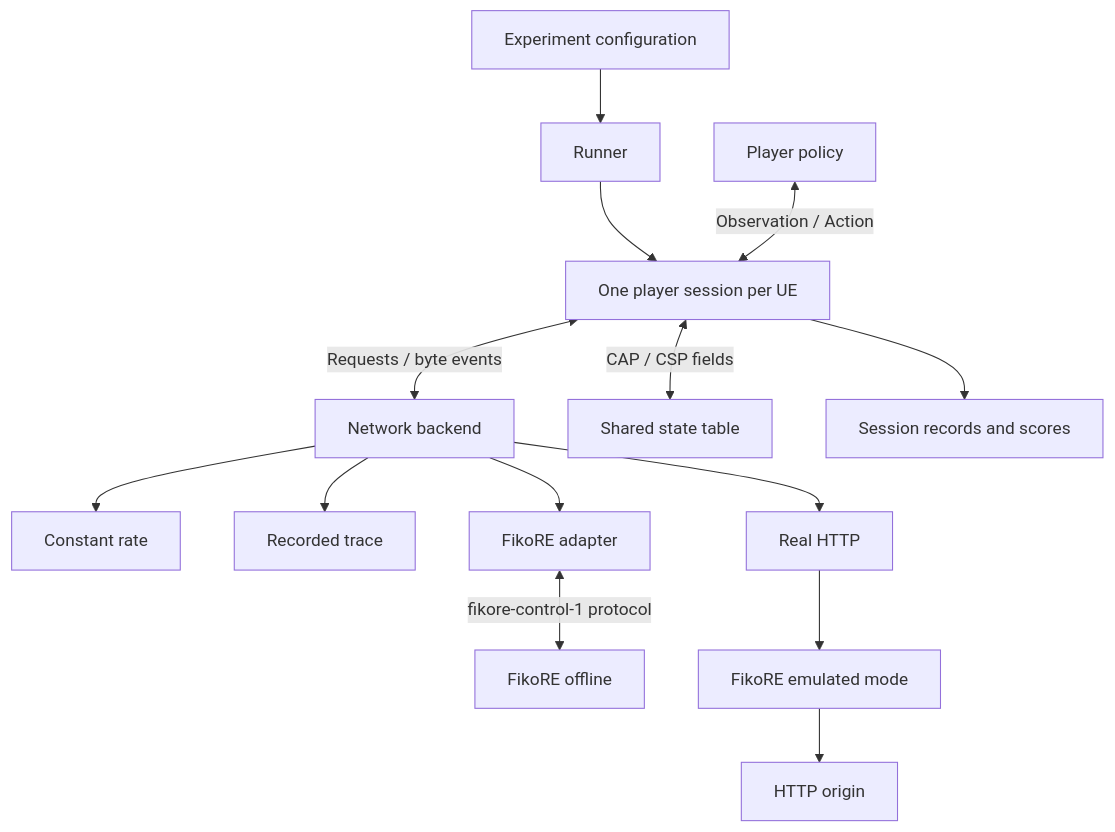
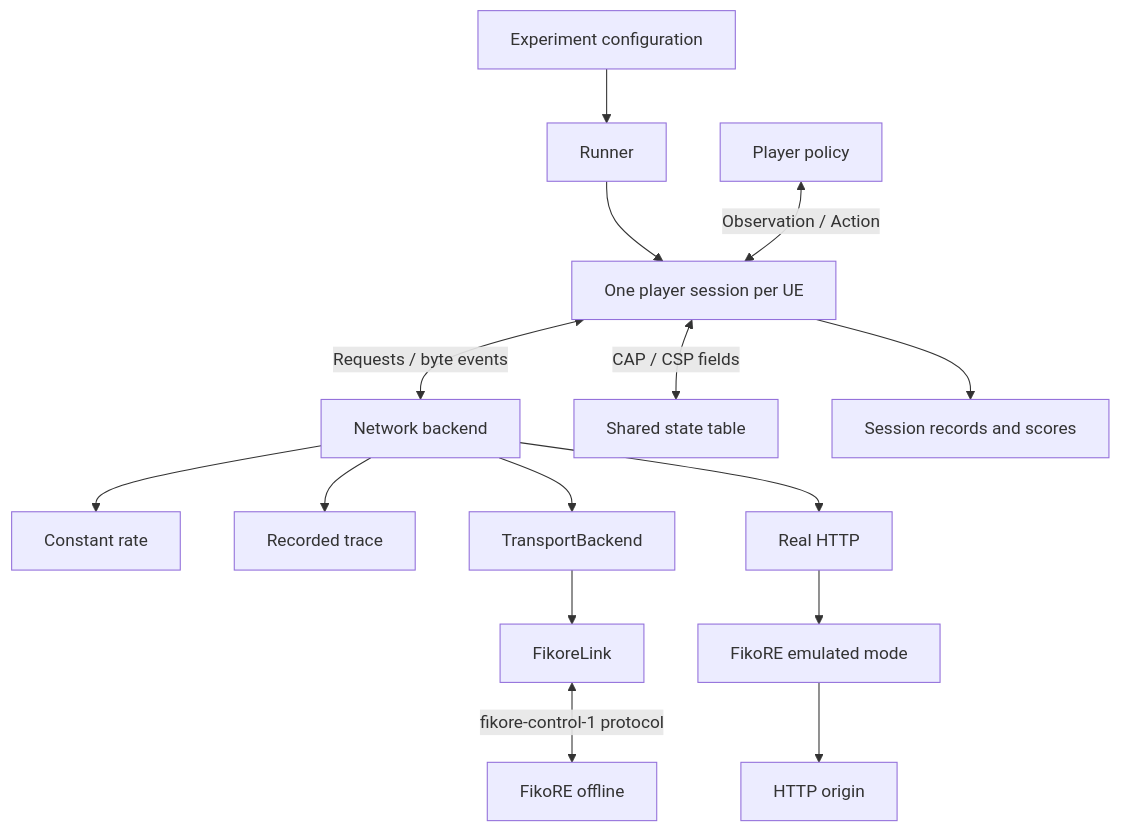
The diagram in docs/README.md (VQEG/cap-csp-collaboration-test-pilot), drawn with Mermaid before and after one commit. The commit also changed other lines of this file and 12 other files, not shown here.

Commit message:
docs: record FikoRE transport and SFV validation

````diff
--- a/docs/README.md
+++ b/docs/README.md
@@ -16,16 +16,17 @@
 ```mermaid
 flowchart TB
     C[Experiment configuration] --> R[Runner]
     R --> S[One player session per UE]
     P[Player policy] <-->|Observation / Action| S
     S <-->|Requests / byte events| N[Network backend]
     N --> CR[Constant rate]
     N --> T[Recorded trace]
-    N --> FA[FikoRE adapter]
+    N --> TB[TransportBackend]
     N --> H[Real HTTP]
-    FA <-->|fikore-control-1 protocol| F[FikoRE offline]
+    TB --> FL[FikoreLink]
+    FL <-->|fikore-control-1 protocol| F[FikoRE offline]
     H --> FE[FikoRE emulated mode]
     FE --> HS[HTTP origin]
     S <-->|CAP / CSP fields| X[Shared state table]
     S --> O[Session records and scores]
 ```
````
